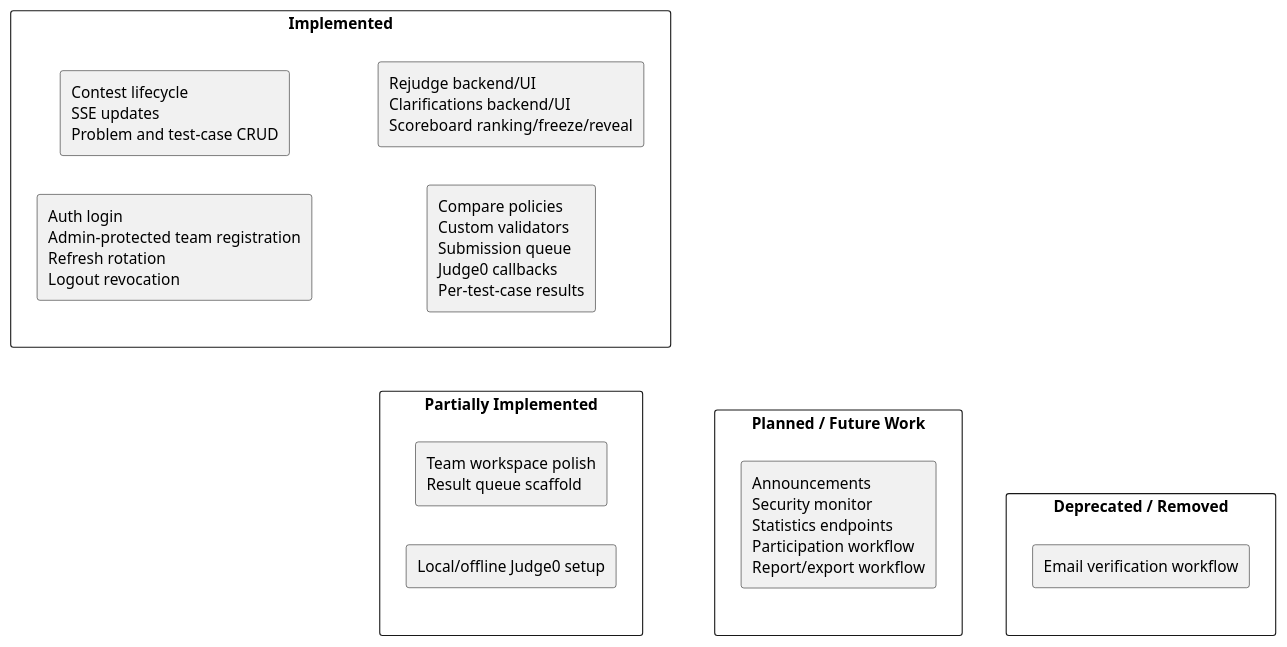
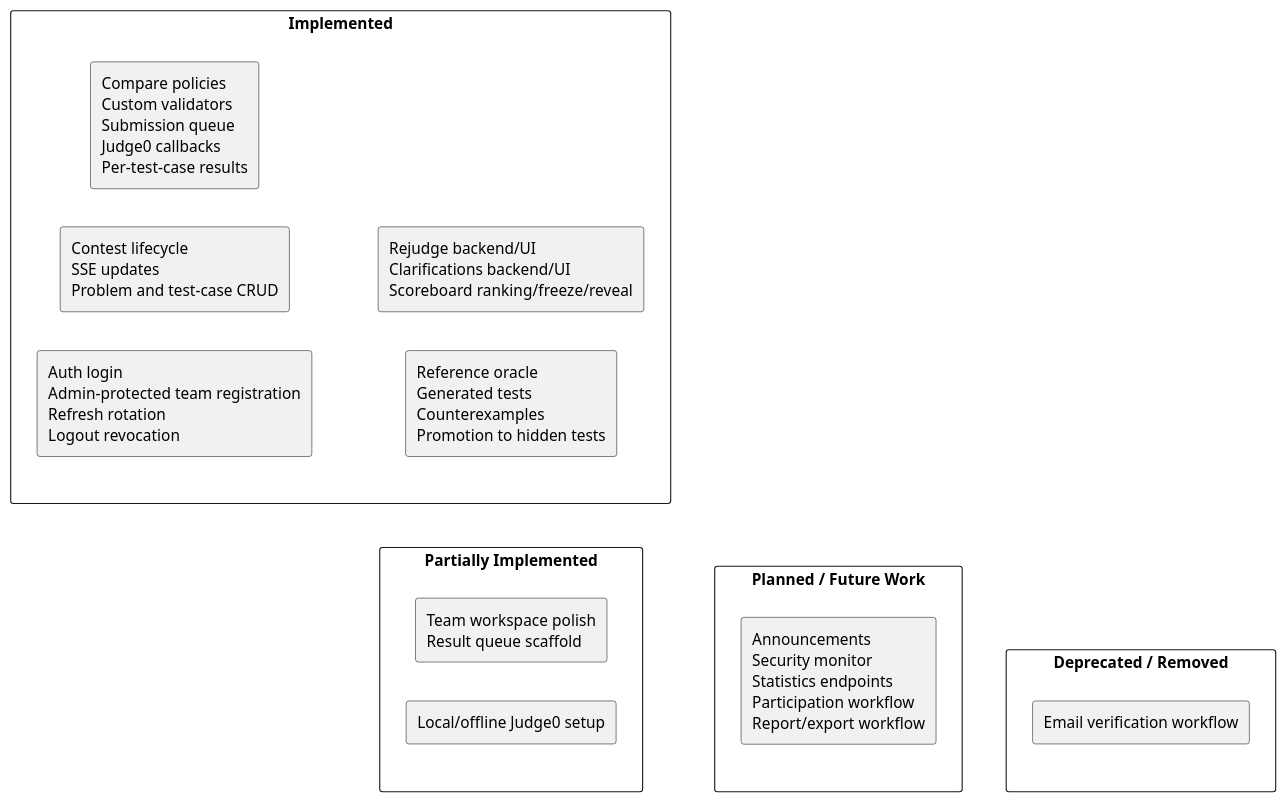
One commit to AuraC-graduate-project/AuraC2 changed the third of 18 diagrams in docs/report-rebuild/diagram-prompts.md. Above: the diagram before and after it, drawn with PlantUML. The commit also changed other lines of this file and 39 other files, not shown here.

Commit message:
wip(phase-8): start reference oracle and generated tests workflow

````diff
--- a/docs/report-rebuild/diagram-prompts.md
+++ b/docs/report-rebuild/diagram-prompts.md
@@ -93,24 +93,25 @@
 ```plantuml
 @startuml
 left to right direction
 rectangle "Implemented" as I {
   rectangle "Auth login\nAdmin-protected team registration\nRefresh rotation\nLogout revocation"
   rectangle "Contest lifecycle\nSSE updates\nProblem and test-case CRUD"
   rectangle "Compare policies\nCustom validators\nSubmission queue\nJudge0 callbacks\nPer-test-case results"
+  rectangle "Reference oracle\nGenerated tests\nCounterexamples\nPromotion to hidden tests"
   rectangle "Rejudge backend/UI\nClarifications backend/UI\nScoreboard ranking/freeze/reveal"
 }
 rectangle "Partially Implemented" as P {
   rectangle "Team workspace polish\nResult queue scaffold"
   rectangle "Local/offline Judge0 setup"
 }
 rectangle "Planned / Future Work" as F {
   rectangle "Announcements\nSecurity monitor\nStatistics endpoints\nParticipation workflow\nReport/export workflow"
 }
 rectangle "Deprecated / Removed" as R {
   rectangle "Email verification workflow"
 }
 I -[hidden]-> P
 P -[hidden]-> F
 F -[hidden]-> R
 @enduml
 ```
````
